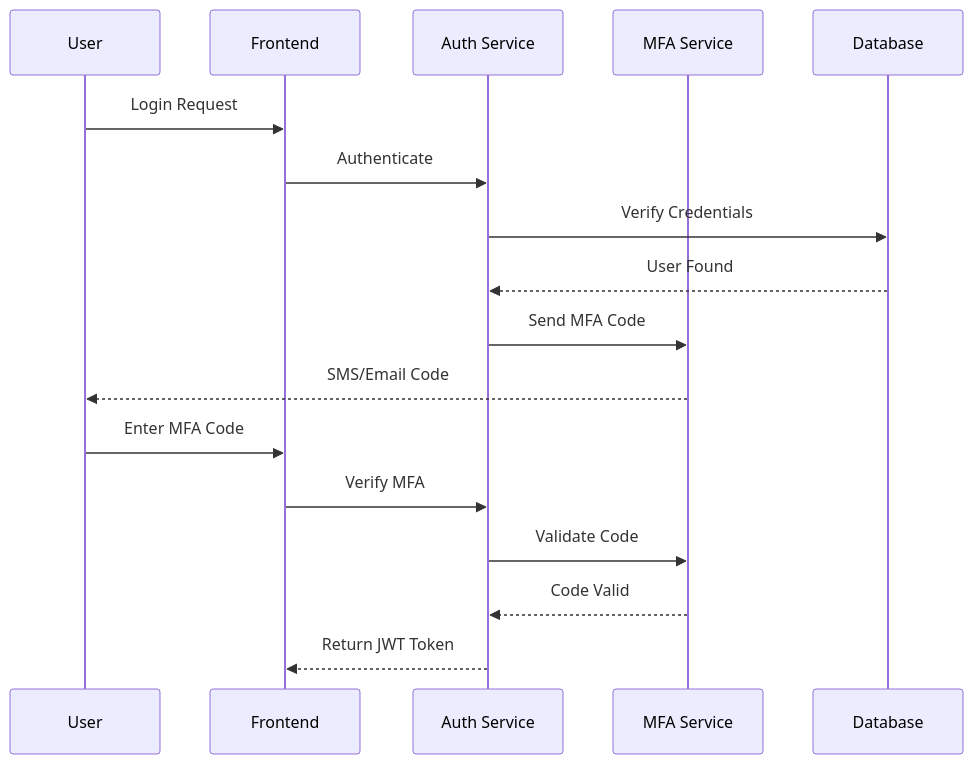
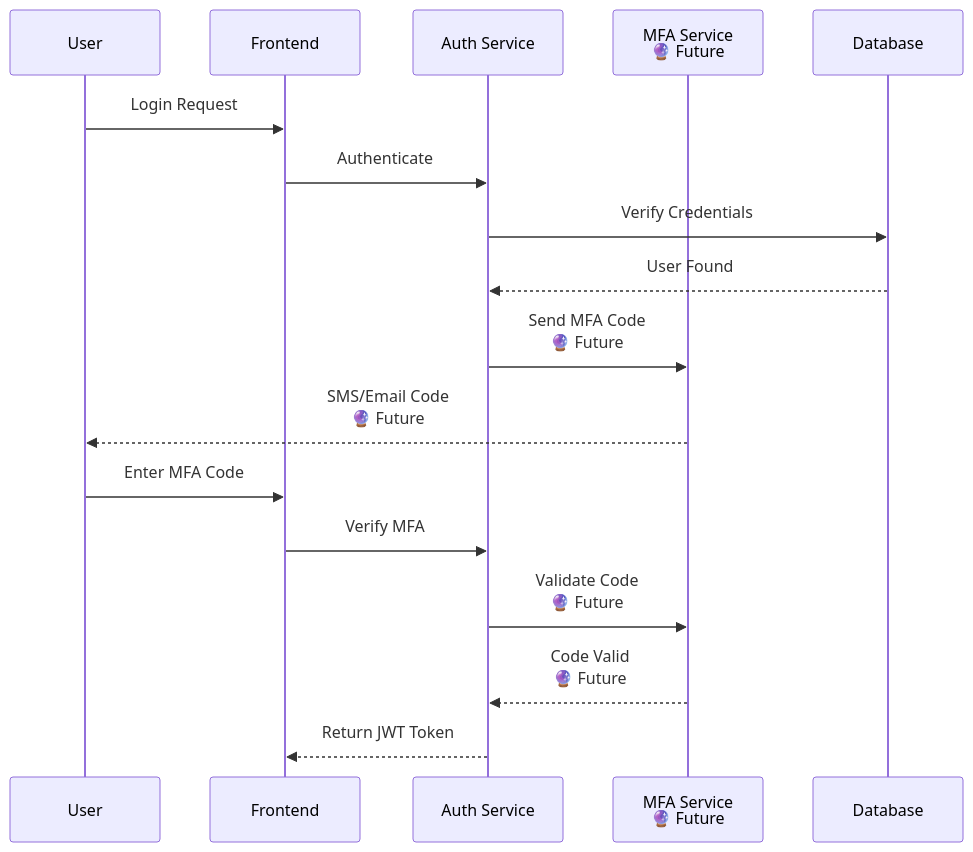
Before and after one commit to hashcott/code-challenge: diagram 12 of 22 in src/problem6/docs/FLOW_DIAGRAM.md, drawn with Mermaid. The commit also changed other lines of this file, not shown here.

Commit message:
docs: update flow

````diff
--- a/src/problem6/docs/FLOW_DIAGRAM.md
+++ b/src/problem6/docs/FLOW_DIAGRAM.md
@@ -268,20 +292,20 @@
 ```mermaid
 sequenceDiagram
     participant U as User
     participant F as Frontend
     participant A as Auth Service
-    participant M as MFA Service
+    participant M as MFA Service<br/>🔮 Future
     participant D as Database
     
     U->>F: Login Request
     F->>A: Authenticate
     A->>D: Verify Credentials
     D-->>A: User Found
-    A->>M: Send MFA Code
-    M-->>U: SMS/Email Code
+    A->>M: Send MFA Code<br/>🔮 Future
+    M-->>U: SMS/Email Code<br/>🔮 Future
     U->>F: Enter MFA Code
     F->>A: Verify MFA
-    A->>M: Validate Code
-    M-->>A: Code Valid
+    A->>M: Validate Code<br/>🔮 Future
+    M-->>A: Code Valid<br/>🔮 Future
     A-->>F: Return JWT Token
 ```
````
